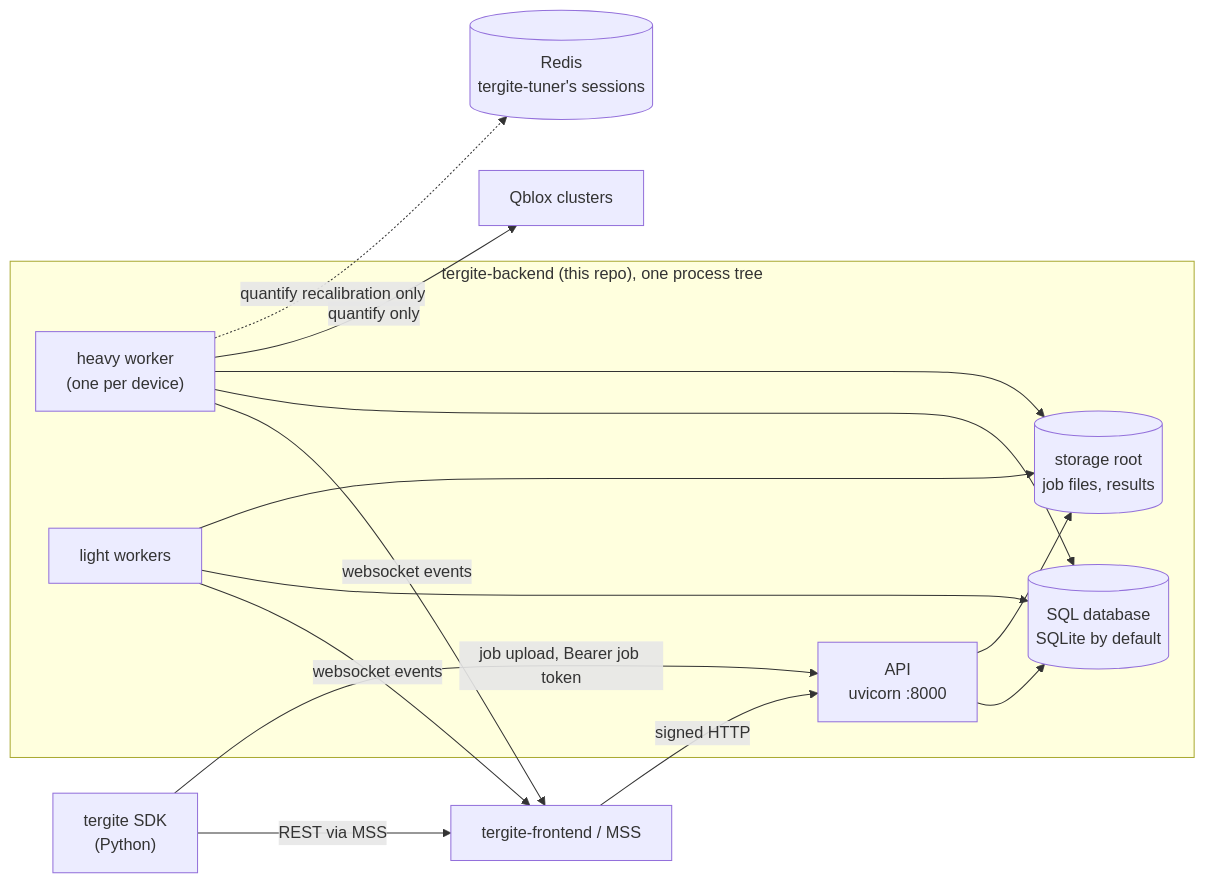
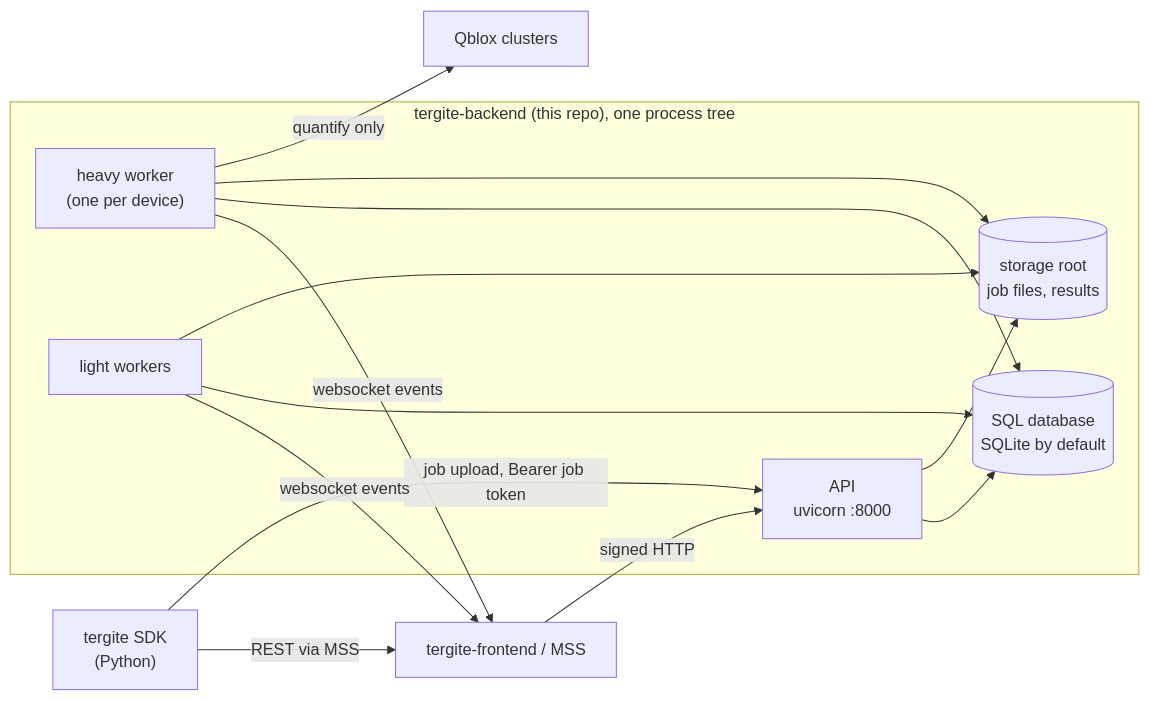
One commit to tergite/tergite-backend changed the first of 9 diagrams in DESIGN.md. Above: the diagram before and after it, drawn with Mermaid. The commit also changed other lines of this file and 27 other files, not shown here.

````diff
--- a/DESIGN.md
+++ b/DESIGN.md
@@ -32,30 +32,28 @@
 ```mermaid
 flowchart LR
     SDK["tergite SDK<br/>(Python)"]
     MSS["tergite-frontend / MSS"]
 
     subgraph backend ["tergite-backend (this repo), one process tree"]
       API["API<br/>uvicorn :8000"]
       Heavy["heavy worker<br/>(one per device)"]
       Light["light workers"]
       SQL[("SQL database<br/>SQLite by default")]
       Files[("storage root<br/>job files, results")]
     end
 
-    Redis[("Redis<br/>tergite-tuner's sessions")]
     Cluster["Qblox clusters"]
 
     SDK -->|"REST via MSS"| MSS
     SDK -->|"job upload, Bearer job token"| API
     MSS -->|"signed HTTP"| API
     Heavy -->|"websocket events"| MSS
     Light -->|"websocket events"| MSS
     API --> SQL
     Heavy --> SQL
     Light --> SQL
     API --> Files
     Heavy --> Files
     Light --> Files
     Heavy -->|"quantify only"| Cluster
-    Heavy -.->|"quantify recalibration only"| Redis
 ```
````
